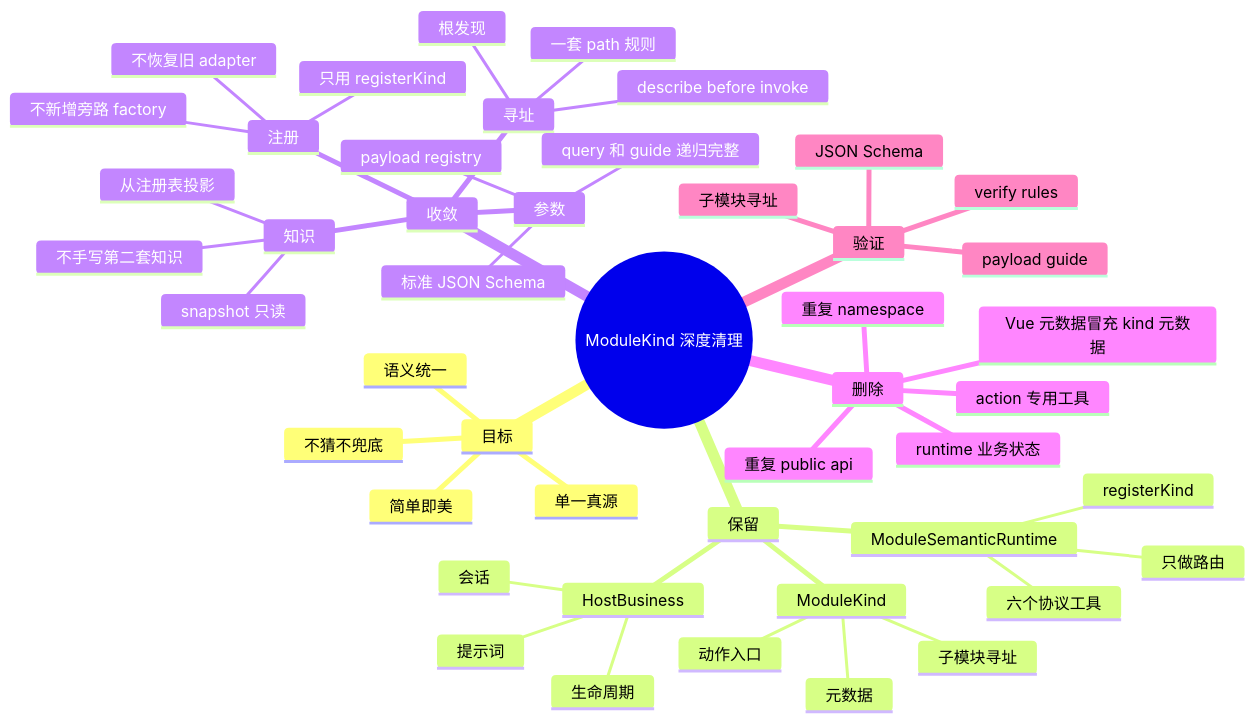
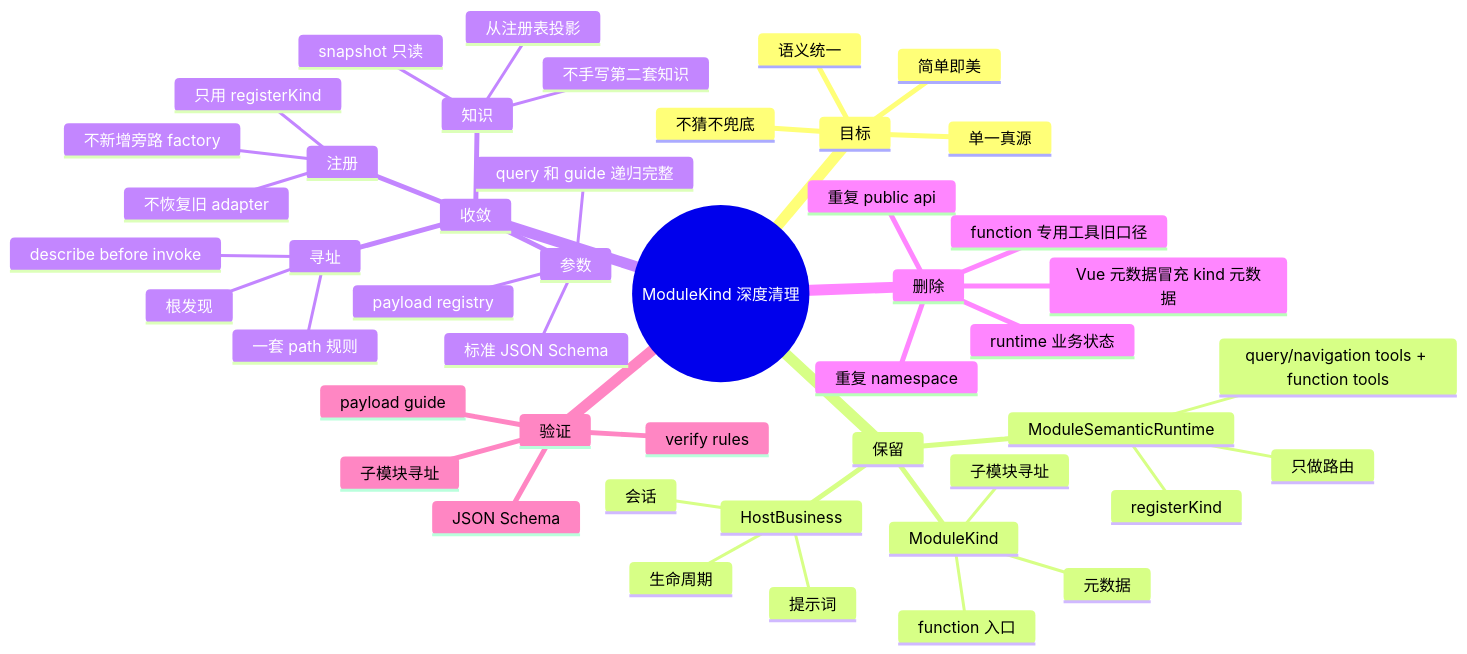
One commit to LMSpark/spark-view-vue changed the second of 2 diagrams in packages/spark-ai/src/module-semantic/MODULE-KIND-REGISTRATION.md. Above: the diagram before and after it, drawn with Mermaid. The commit also changed other lines of this file and 27 other files, not shown here.

````diff
--- a/packages/spark-ai/src/module-semantic/MODULE-KIND-REGISTRATION.md
+++ b/packages/spark-ai/src/module-semantic/MODULE-KIND-REGISTRATION.md
@@ -20,50 +20,50 @@
 ```mermaid
 mindmap
   root((ModuleKind 深度清理))
     目标
       简单即美
       语义统一
       单一真源
       不猜不兜底
     保留
       ModuleKind
         元数据
-        动作入口
+        function 入口
         子模块寻址
       ModuleSemanticRuntime
         registerKind
-        六个协议工具
+        query/navigation tools + function tools
         只做路由
       HostBusiness
         会话
         提示词
         生命周期
     收敛
       注册
         只用 registerKind
         不恢复旧 adapter
         不新增旁路 factory
       寻址
         一套 path 规则
         根发现
         describe before invoke
       参数
         标准 JSON Schema
         payload registry
         query 和 guide 递归完整
       知识
         从注册表投影
         snapshot 只读
         不手写第二套知识
     删除
       重复 namespace
       重复 public api
-      action 专用工具
+      function 专用工具旧口径
       runtime 业务状态
       Vue 元数据冒充 kind 元数据
     验证
       子模块寻址
       payload guide
       JSON Schema
       verify rules
 ```
````
